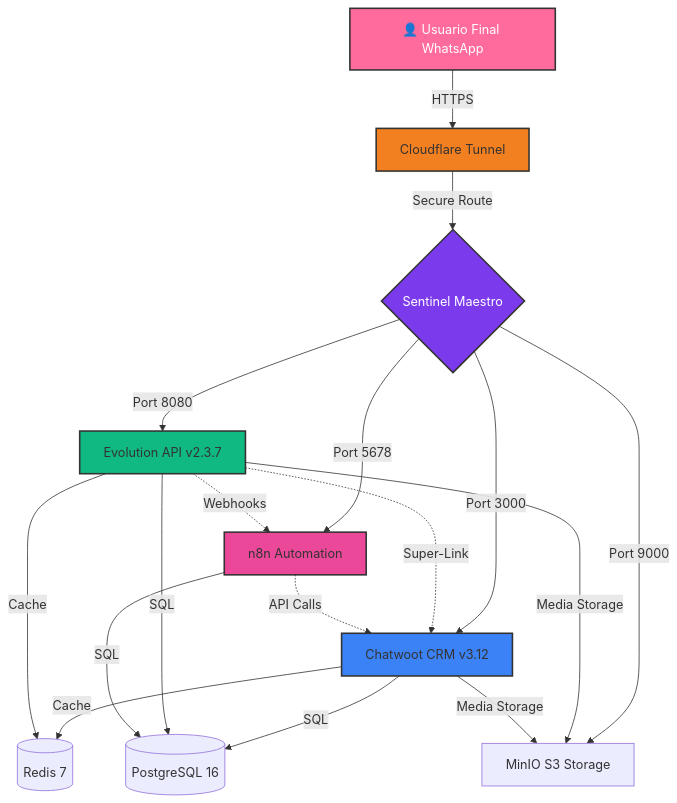
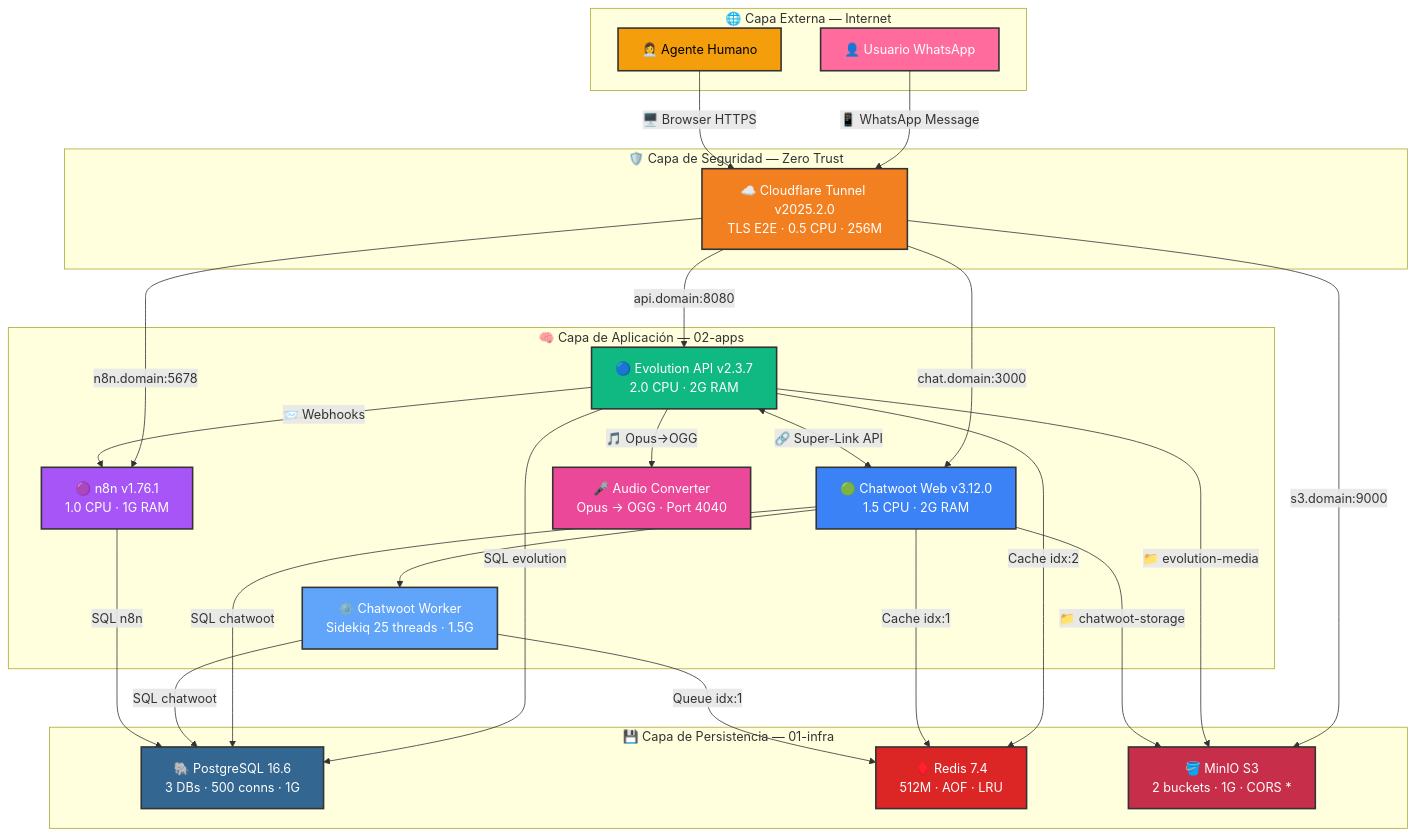
The diagram in README.md (HackUN09/chatbot-stack), drawn with Mermaid before and after one commit. The commit also changed other lines of this file and 21 other files, not shown here.

````diff
--- a/README.md
+++ b/README.md
@@ -40,31 +85,61 @@
 ```mermaid
-graph TD
-    A[👤 Usuario Final WhatsApp] -->|HTTPS| B[Cloudflare Tunnel]
-    B -->|Secure Route| C{Sentinel Maestro}
-    
-    C -->|Port 8080| D[Evolution API v2.3.7]
-    C -->|Port 3000| E[Chatwoot CRM v3.12]
-    C -->|Port 5678| F[n8n Automation]
-    C -->|Port 9000| G[MinIO S3 Storage]
-    
-    D -.->|Super-Link| E
-    D -.->|Webhooks| F
-    F -.->|API Calls| E
-    
-    E -->|SQL| H[(PostgreSQL 16)]
-    D -->|SQL| H
-    F -->|SQL| H
-    
-    E -->|Cache| I[(Redis 7)]
-    D -->|Cache| I
-    
-    D -->|Media Storage| G
-    E -->|Media Storage| G
-    
-    style A fill:#ff6b9d,stroke:#333,stroke-width:2px,color:#fff
-    style B fill:#f38020,stroke:#333,stroke-width:2px
-    style C fill:#7c3aed,stroke:#333,stroke-width:2px,color:#fff
-    style D fill:#10b981,stroke:#333,stroke-width:2px
-    style E fill:#3b82f6,stroke:#333,stroke-width:2px
-    style F fill:#ec4899,stroke:#333,stroke-width:2px
+graph TB
+    subgraph "🌐 Capa Externa — Internet"
+        USER["👤 Usuario WhatsApp"]
+        AGENT["👩‍💼 Agente Humano"]
+    end
+
+    subgraph "🛡️ Capa de Seguridad — Zero Trust"
+        CF["☁️ Cloudflare Tunnel v2025.2.0<br/>TLS E2E · 0.5 CPU · 256M"]
+    end
+
+    subgraph "🧠 Capa de Aplicación — 02-apps"
+        EVO["🔵 Evolution API v2.3.7<br/>2.0 CPU · 2G RAM"]
+        CW["🟢 Chatwoot Web v3.12.0<br/>1.5 CPU · 2G RAM"]
+        CW_W["⚙️ Chatwoot Worker<br/>Sidekiq 25 threads · 1.5G"]
+        N8N["🟣 n8n v1.76.1<br/>1.0 CPU · 1G RAM"]
+        AUDIO["🎤 Audio Converter<br/>Opus → OGG · Port 4040"]
+    end
+
+    subgraph "💾 Capa de Persistencia — 01-infra"
+        PG["🐘 PostgreSQL 16.6<br/>3 DBs · 500 conns · 1G"]
+        RD["♦️ Redis 7.4<br/>512M · AOF · LRU"]
+        S3["🪣 MinIO S3<br/>2 buckets · 1G · CORS *"]
+    end
+
+    USER -->|"📱 WhatsApp Message"| CF
+    AGENT -->|"🖥️ Browser HTTPS"| CF
+    CF -->|"chat.domain:3000"| CW
+    CF -->|"api.domain:8080"| EVO
+    CF -->|"n8n.domain:5678"| N8N
+    CF -->|"s3.domain:9000"| S3
+
+    EVO <-->|"🔗 Super-Link API"| CW
+    EVO -->|"📨 Webhooks"| N8N
+    EVO -->|"🎵 Opus→OGG"| AUDIO
+    CW --> CW_W
+
+    EVO -->|"SQL evolution"| PG
+    CW -->|"SQL chatwoot"| PG
+    CW_W -->|"SQL chatwoot"| PG
+    N8N -->|"SQL n8n"| PG
+
+    EVO -->|"Cache idx:2"| RD
+    CW -->|"Cache idx:1"| RD
+    CW_W -->|"Queue idx:1"| RD
+
+    EVO -->|"📁 evolution-media"| S3
+    CW -->|"📁 chatwoot-storage"| S3
+
+    style USER fill:#ff6b9d,stroke:#333,stroke-width:2px,color:#fff
+    style AGENT fill:#f59e0b,stroke:#333,stroke-width:2px,color:#000
+    style CF fill:#f38020,stroke:#333,stroke-width:2px,color:#fff
+    style EVO fill:#10b981,stroke:#333,stroke-width:2px,color:#fff
+    style CW fill:#3b82f6,stroke:#333,stroke-width:2px,color:#fff
+    style CW_W fill:#60a5fa,stroke:#333,stroke-width:2px,color:#fff
+    style N8N fill:#a855f7,stroke:#333,stroke-width:2px,color:#fff
+    style AUDIO fill:#ec4899,stroke:#333,stroke-width:2px,color:#fff
+    style PG fill:#336791,stroke:#333,stroke-width:2px,color:#fff
+    style RD fill:#dc2626,stroke:#333,stroke-width:2px,color:#fff
+    style S3 fill:#c72e49,stroke:#333,stroke-width:2px,color:#fff
 ```
````
